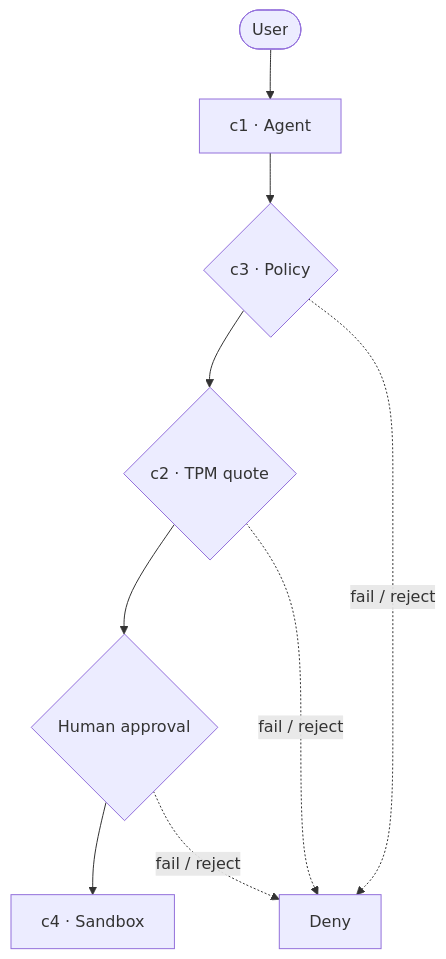
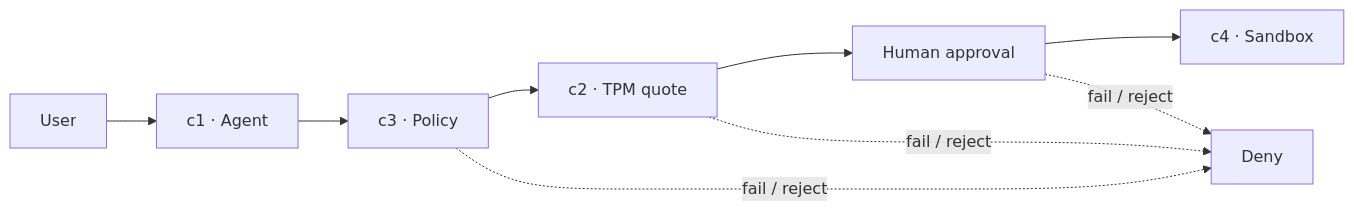
Before and after one commit to SurendraS26/trustedge: the diagram in README.md, drawn with Mermaid. The commit also changed other lines of this file, not shown here.

````diff
--- a/README.md
+++ b/README.md
@@ -66,5 +66,11 @@
 ```mermaid
-graph TD
-    U([User]) --> A[c1 · Agent] --> P{c3 · Policy} --> T{c2 · TPM quote} --> H{Human approval} --> S[c4 · Sandbox]
-    P & T & H -.->|fail / reject| D[Deny]
+graph LR
+    U["User"] --> A["c1 · Agent"]
+    A --> P["c3 · Policy"]
+    P --> T["c2 · TPM quote"]
+    T --> H["Human approval"]
+    H --> S["c4 · Sandbox"]
+    P -.->|fail / reject| D["Deny"]
+    T -.->|fail / reject| D
+    H -.->|fail / reject| D
 ```
````
